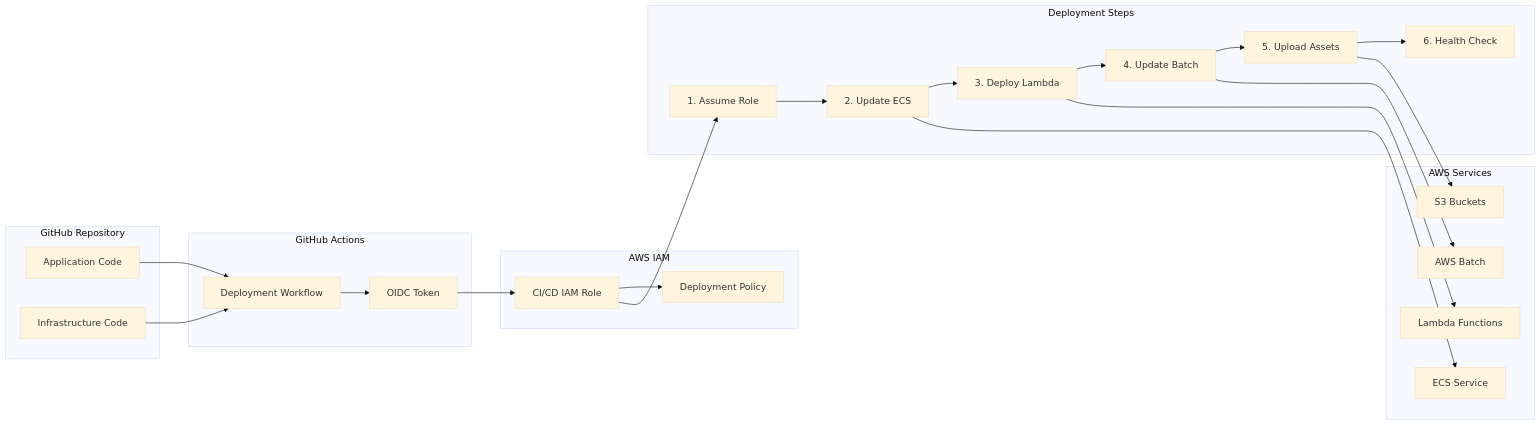
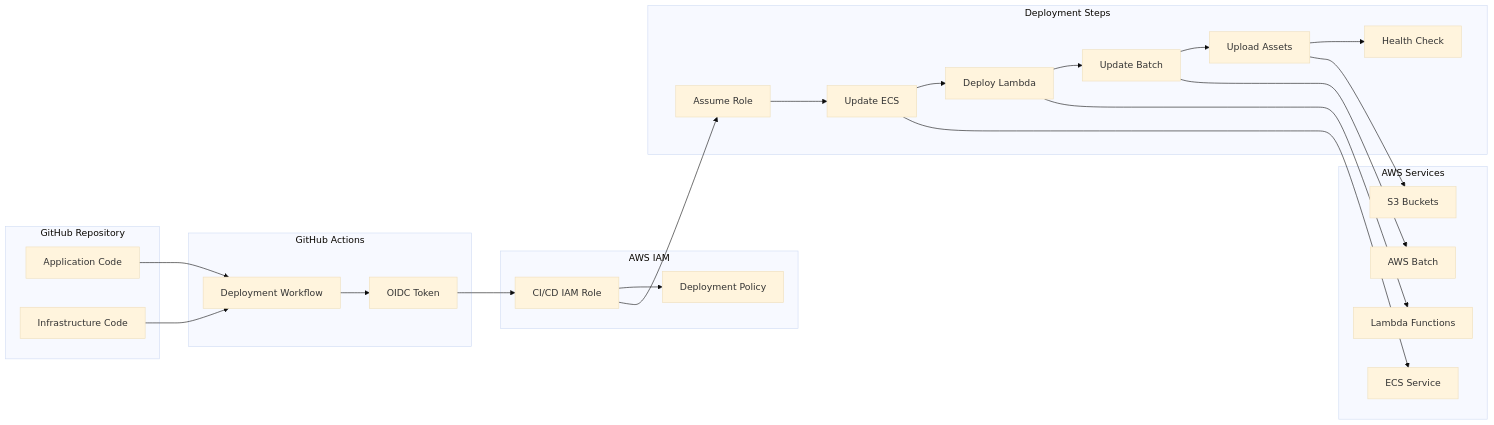
The fifth of 7 diagrams in INFRASTRUCTURE_DIAGRAM.md (EM51641/terraform-aws-full-prod-ecs-config-example), drawn with Mermaid (base theme) before and after one commit.

Commit message:
corrected description

````diff
--- a/INFRASTRUCTURE_DIAGRAM.md
+++ b/INFRASTRUCTURE_DIAGRAM.md
@@ -331,52 +331,52 @@
 ```mermaid
 graph LR
     subgraph "GitHub Repository"
         CODE[Application Code]
         TF[Infrastructure Code]
     end
     
     subgraph "GitHub Actions"
         WORKFLOW[Deployment Workflow]
         OIDC[OIDC Token]
     end
     
     subgraph "AWS IAM"
         CI_ROLE[CI/CD IAM Role]
         CI_POLICY[Deployment Policy]
     end
     
     subgraph "AWS Services"
         ECS[ECS Service]
         LAMBDA[Lambda Functions]
         BATCH[AWS Batch]
         S3[S3 Buckets]
     end
     
     subgraph "Deployment Steps"
-        STEP1[1. Assume Role]
-        STEP2[2. Update ECS]
-        STEP3[3. Deploy Lambda]
-        STEP4[4. Update Batch]
-        STEP5[5. Upload Assets]
-        STEP6[6. Health Check]
+        STEP1[Assume Role]
+        STEP2[Update ECS]
+        STEP3[Deploy Lambda]
+        STEP4[Update Batch]
+        STEP5[Upload Assets]
+        STEP6[Health Check]
     end
     
     %% Flow
     CODE --> WORKFLOW
     TF --> WORKFLOW
     WORKFLOW --> OIDC
     OIDC --> CI_ROLE
     CI_ROLE --> CI_POLICY
     CI_ROLE --> STEP1
     STEP1 --> STEP2
     STEP2 --> STEP3
     STEP3 --> STEP4
     STEP4 --> STEP5
     STEP5 --> STEP6
     
     %% Service updates
     STEP2 --> ECS
     STEP3 --> LAMBDA
     STEP4 --> BATCH
     STEP5 --> S3
 ```
````
